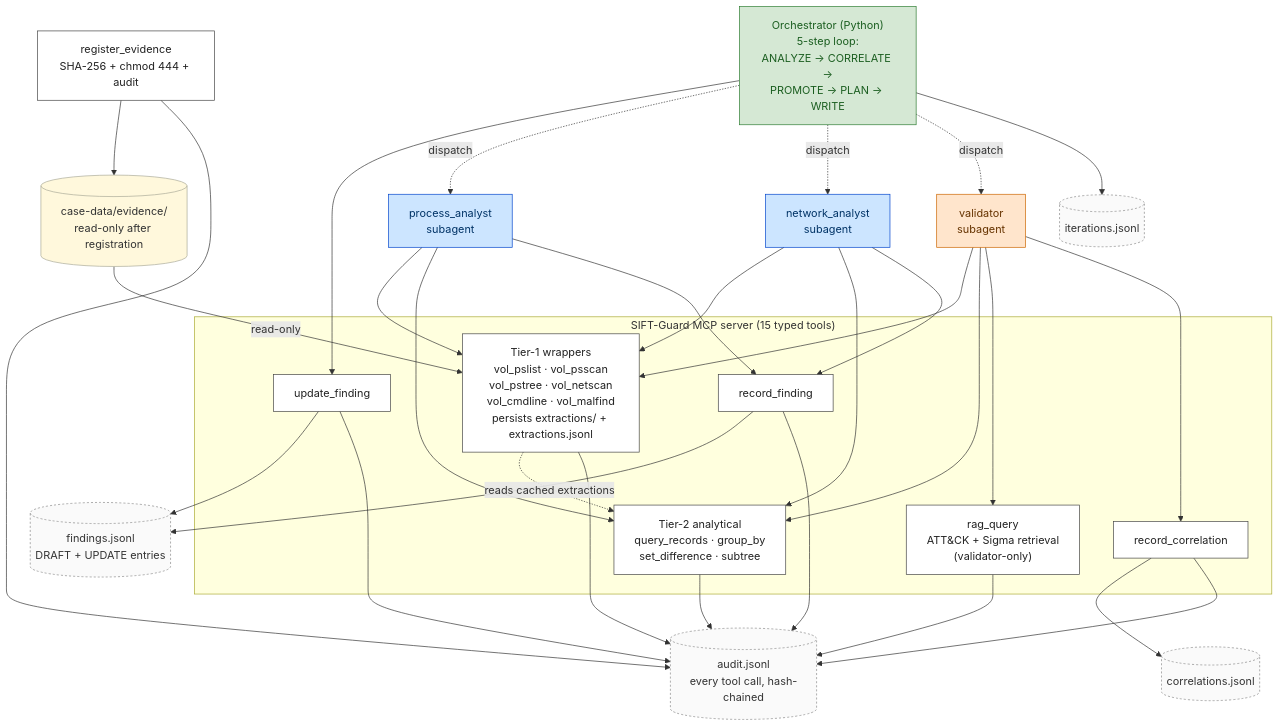
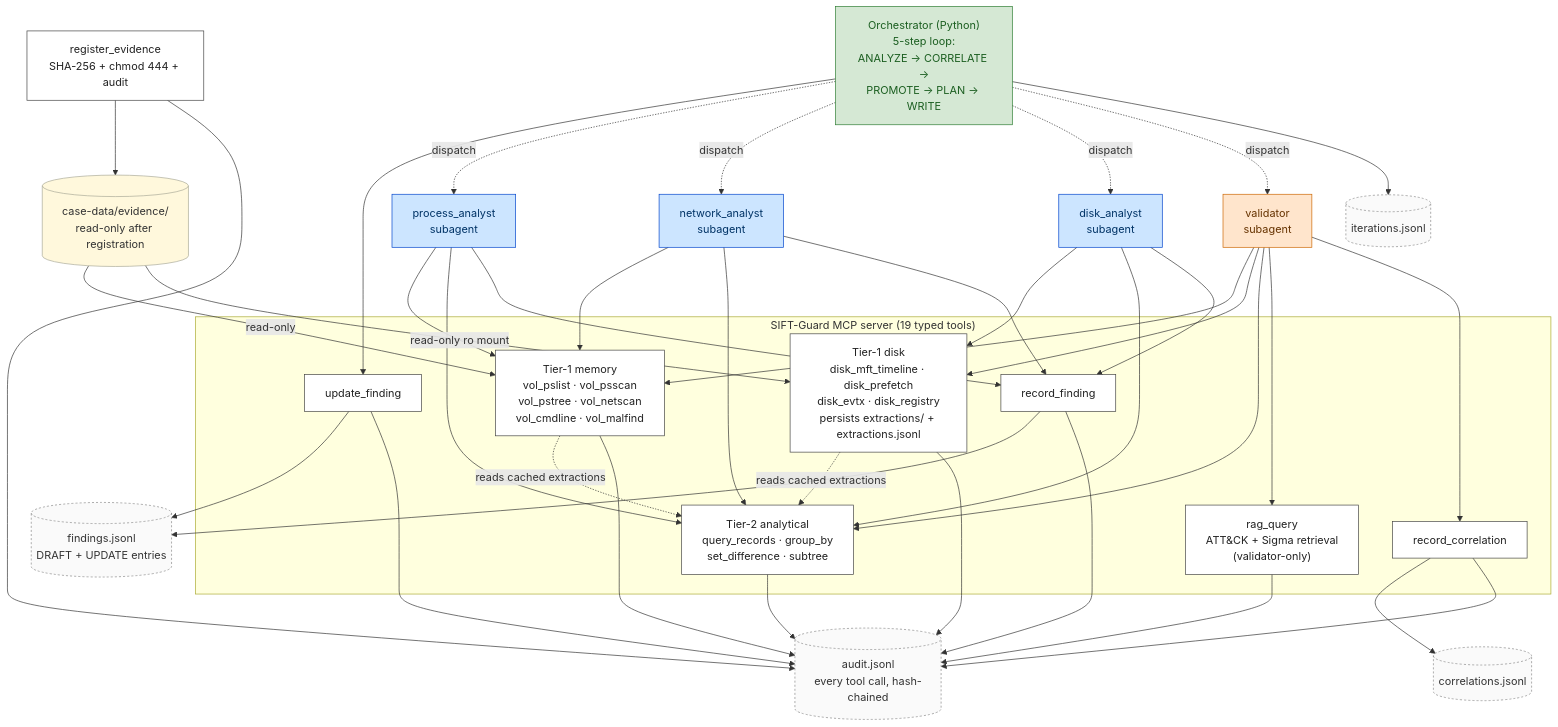
One commit to chang6chang/SIFT-Guard changed the diagram in docs/architecture-diagram.md. Above: the diagram before and after it, drawn with Mermaid. The commit also changed other lines of this file and 19 other files, not shown here.

First line of the commit message:
feat(tools): add 4 disk-side tier-1 wrappers + disk_analyst subagent (19 MCP tools)

````diff
--- a/docs/architecture-diagram.md
+++ b/docs/architecture-diagram.md
@@ -17,8 +17,9 @@
     Reg --> EvDir
 
     %% --- MCP server tools ---
-    subgraph MCP["SIFT-Guard MCP server (15 typed tools)"]
-        Tier1["Tier-1 wrappers<br/>vol_pslist · vol_psscan<br/>vol_pstree · vol_netscan<br/>vol_cmdline · vol_malfind<br/>persists extractions/ + extractions.jsonl"]
+    subgraph MCP["SIFT-Guard MCP server (19 typed tools)"]
+        Tier1Mem["Tier-1 memory<br/>vol_pslist · vol_psscan<br/>vol_pstree · vol_netscan<br/>vol_cmdline · vol_malfind"]
+        Tier1Disk["Tier-1 disk<br/>disk_mft_timeline · disk_prefetch<br/>disk_evtx · disk_registry<br/>persists extractions/ + extractions.jsonl"]
         Tier2["Tier-2 analytical<br/>query_records · group_by<br/>set_difference · subtree"]
         RAG["rag_query<br/>ATT&CK + Sigma retrieval<br/>(validator-only)"]
         RecF["record_finding"]
@@ -26,21 +27,29 @@
         UpdF["update_finding"]
     end
 
-    EvDir -->|read-only| Tier1
-    Tier1 -.->|reads cached extractions| Tier2
+    EvDir -->|read-only| Tier1Mem
+    EvDir -->|read-only ro mount| Tier1Disk
+    Tier1Mem -.->|reads cached extractions| Tier2
+    Tier1Disk -.->|reads cached extractions| Tier2
 
     %% --- Subagents + orchestrator ---
     PA["process_analyst<br/>subagent"]
     NA["network_analyst<br/>subagent"]
+    DA["disk_analyst<br/>subagent"]
     Val["validator<br/>subagent"]
     Orch["Orchestrator (Python)<br/>5-step loop:<br/>ANALYZE → CORRELATE →<br/>PROMOTE → PLAN → WRITE"]
 
-    %% Read paths: every subagent can call tier-1 + tier-2.
-    PA --> Tier1
+    %% Read paths: per-subagent tier-1 access is restricted by
+    %% frontmatter (memory analysts cannot call disk tools and
+    %% vice versa); tier-2 is open to every subagent.
+    PA --> Tier1Mem
     PA --> Tier2
-    NA --> Tier1
+    NA --> Tier1Mem
     NA --> Tier2
-    Val --> Tier1
+    DA --> Tier1Disk
+    DA --> Tier2
+    Val --> Tier1Mem
+    Val --> Tier1Disk
     Val --> Tier2
 
     %% RAG retrieval: validator-only by frontmatter restriction.
@@ -49,12 +58,14 @@
     %% Write paths: role-restricted by frontmatter + schema.
     PA --> RecF
     NA --> RecF
+    DA --> RecF
     Val --> RecC
     Orch --> UpdF
 
     %% Control: orchestrator dispatches subagents.
     Orch -.->|dispatch| PA
     Orch -.->|dispatch| NA
+    Orch -.->|dispatch| DA
     Orch -.->|dispatch| Val
 
     %% --- Chains ---
@@ -70,7 +81,8 @@
 
     %% Audit tap: every MCP tool call appends one line.
     Reg --> Audit
-    Tier1 --> Audit
+    Tier1Mem --> Audit
+    Tier1Disk --> Audit
     Tier2 --> Audit
     RAG --> Audit
     RecF --> Audit
@@ -85,10 +97,10 @@
     classDef storage fill:#fff8dc,stroke:#aa9,color:#333
     classDef tool fill:#ffffff,stroke:#444,color:#222
 
-    class PA,NA analyst
+    class PA,NA,DA analyst
     class Val validator
     class Orch orchestrator
     class Findings,Corrs,Iters,Audit chain
     class EvDir storage
-    class Reg,Tier1,Tier2,RAG,RecF,RecC,UpdF tool
+    class Reg,Tier1Mem,Tier1Disk,Tier2,RAG,RecF,RecC,UpdF tool
 ```
````
